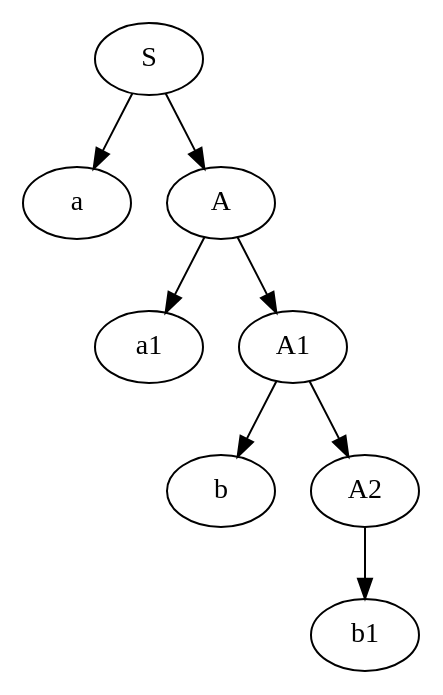
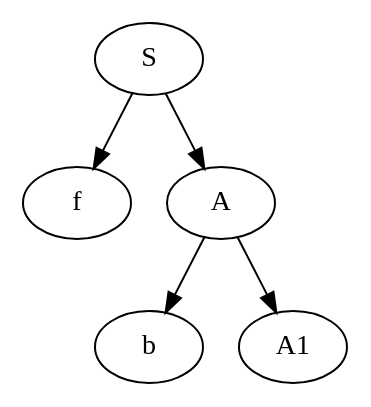
One commit to Biacuya/Analizador_Sintactico changed the diagram in Digraph.gv. Above: the diagram before and after it, drawn with Graphviz. The commit also changed 4 other files, not shown here.

```diff
--- a/Digraph.gv
+++ b/Digraph.gv
@@ -1,18 +1,12 @@
 // Tree
 digraph {
-	S -> a
+	S -> f
 	S -> A
-	A -> a1
+	A -> b
 	A -> A1
-	A1 -> b
-	A1 -> A2
-	A2 -> b1
-	A2
+	b
+	f
+	S
+	A1
 	A
-	a
-	a1
-	S
-	b1
-	A1
-	b
 }
```
